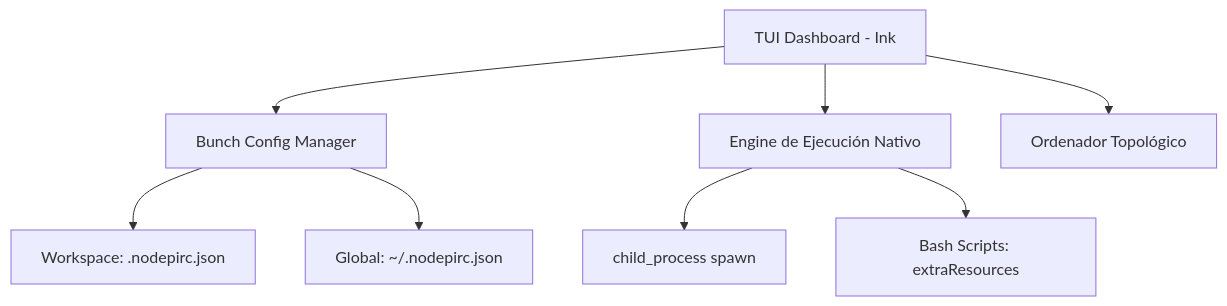
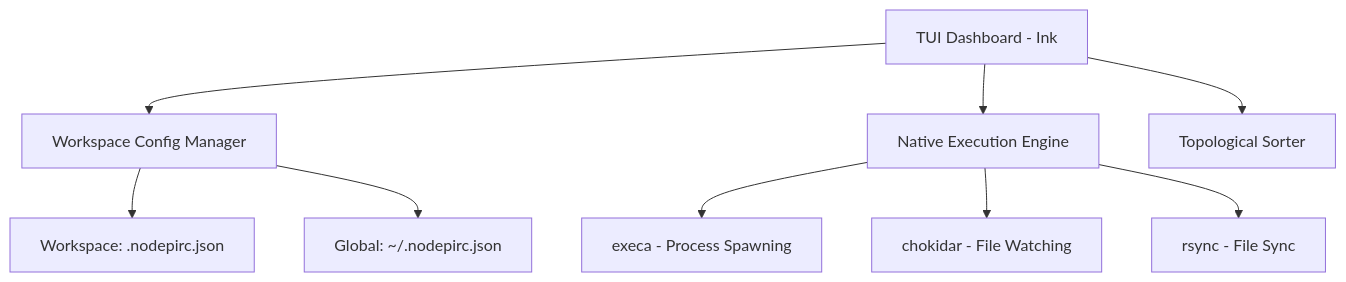
One commit to JorgeRojo/NodePi-tui changed the diagram in DOCS/implementation_plan.md. Above: the diagram before and after it, drawn with Mermaid. The commit also changed other lines of this file and 7 other files, not shown here.

````diff
--- a/DOCS/implementation_plan.md
+++ b/DOCS/implementation_plan.md
@@ -61,12 +67,13 @@
 ```mermaid
 graph TD
-    TUI[TUI Dashboard - Ink] --> BunchMgr[Bunch Config Manager]
-    TUI --> ExecutionEngine[Engine de Ejecución Nativo]
-    TUI --> DepSorter[Ordenador Topológico]
-    
-    BunchMgr --> LocalJSON[Workspace: .nodepirc.json]
-    BunchMgr --> GlobalJSON[Global: ~/.nodepirc.json]
-    
-    ExecutionEngine --> ChildProc[child_process spawn]
-    ExecutionEngine --> BashScripts[Bash Scripts: extraResources]
+    TUI[TUI Dashboard - Ink] --> ConfigMgr[Workspace Config Manager]
+    TUI --> ExecutionEngine[Native Execution Engine]
+    TUI --> DepSorter[Topological Sorter]
+
+    ConfigMgr --> LocalJSON[Workspace: .nodepirc.json]
+    ConfigMgr --> GlobalJSON[Global: ~/.nodepirc.json]
+
+    ExecutionEngine --> Execa[execa - Process Spawning]
+    ExecutionEngine --> Chokidar[chokidar - File Watching]
+    ExecutionEngine --> Rsync[rsync - File Sync]
 ```
````
